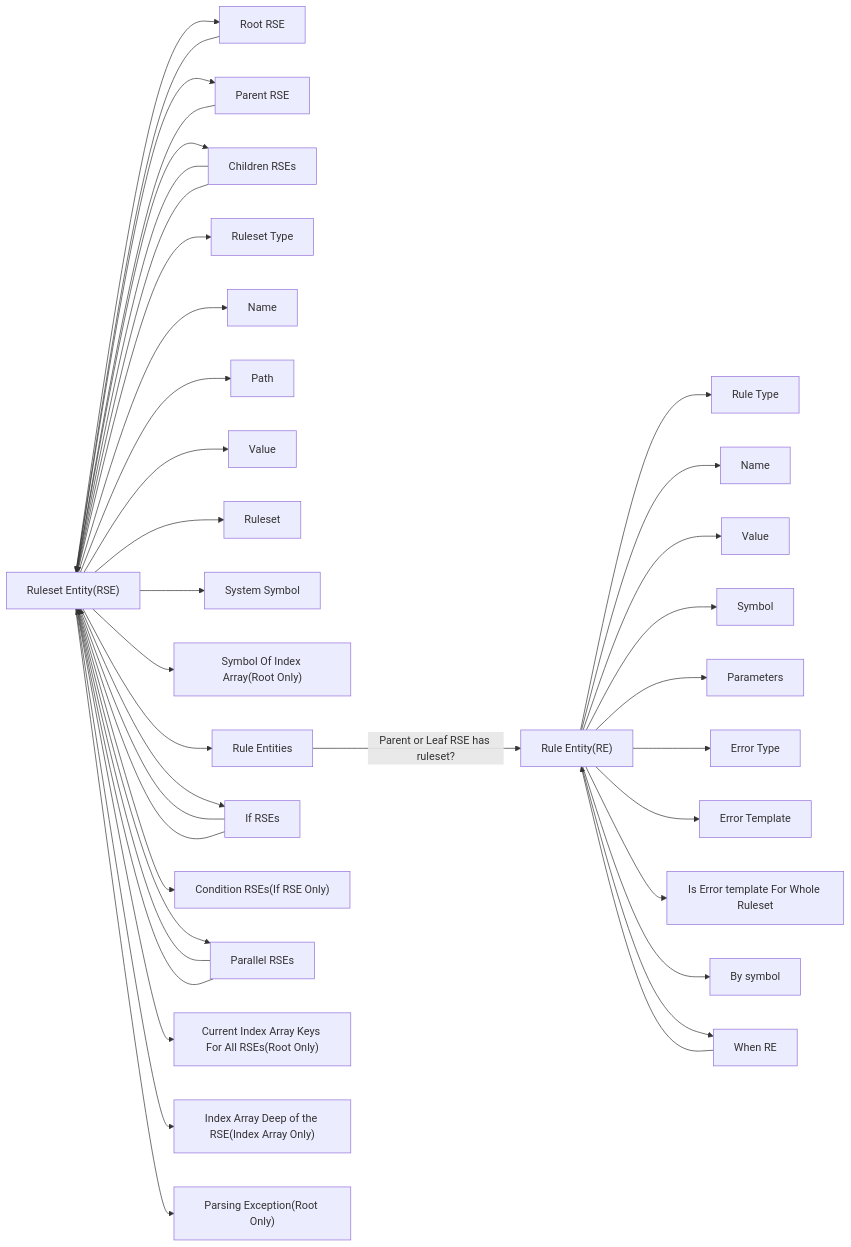
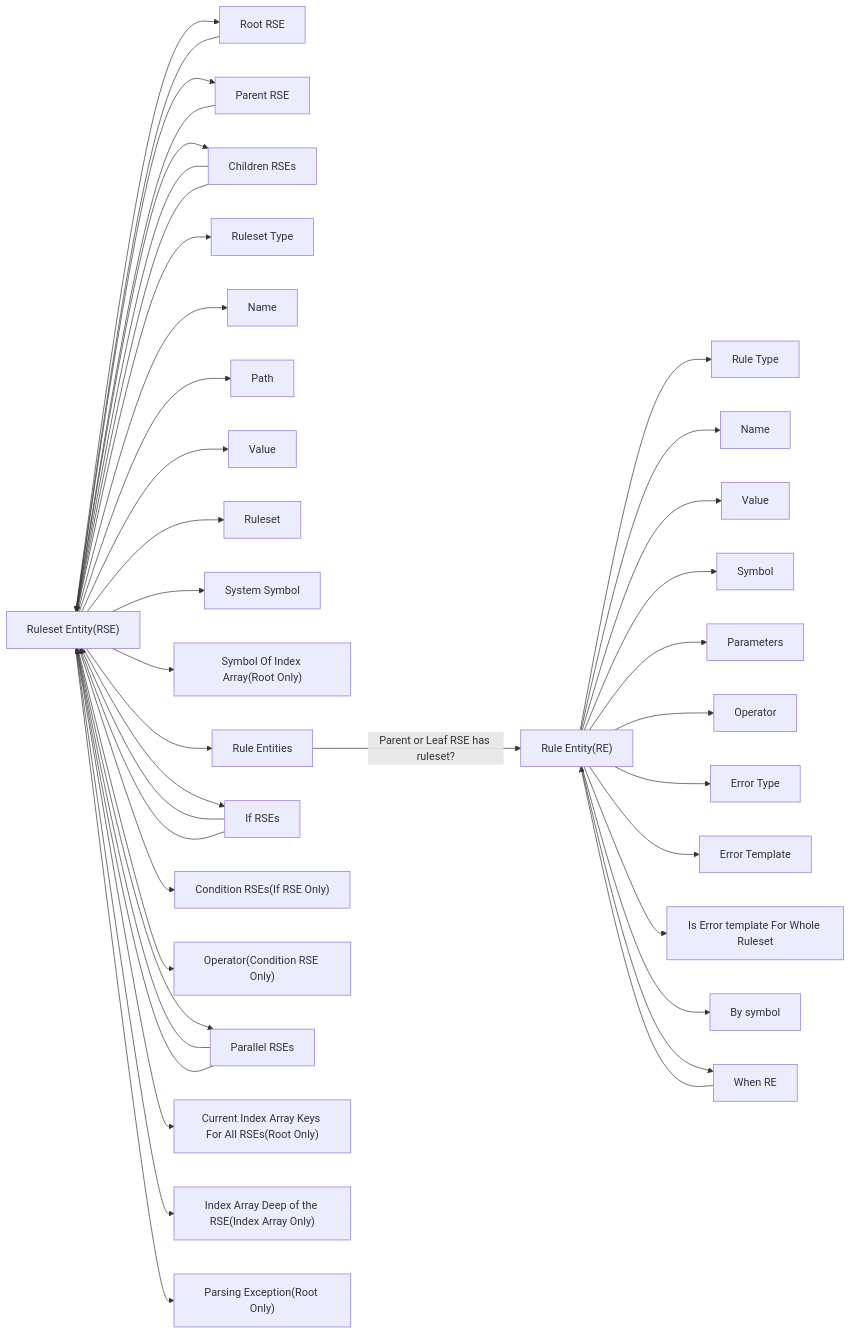
The diagram in ENTITY.md (gitHusband/Validation), drawn with Mermaid before and after one commit. The commit also changed other lines of this file and 5 other files, not shown here.

````diff
--- a/ENTITY.md
+++ b/ENTITY.md
@@ -18,57 +18,59 @@
 ```mermaid
 flowchart LR
     %% rse_ruleset_type --x rse_rst_index_array{{RULESET_TYPE_INDEX_ARRAY}}
     %% rse_ruleset_type --x rse_rst_assoc_array{{RULESET_TYPE_ASSOC_ARRAY}}
     %% rse_ruleset_type --x rse_rst_leaf{{RULESET_TYPE_LEAF}}
     %% rse_ruleset_type --x rse_rst_leaf_parallel{{RULESET_TYPE_LEAF_PARALLEL}}
     %% rse_ruleset_type --x rse_rst_leaf_if{{RULESET_TYPE_LEAF_IF}}
-    %% rse_ruleset_type --x rse_rst_leaf_if_not{{RULESET_TYPE_LEAF_IF_NOT}}
     %% rse_ruleset_type --x rse_rst_leaf_condition{{RULESET_TYPE_LEAF_CONDITION}}
+    %% rse_ruleset_type --x rse_rst_leaf_condition_serial{{RULESET_TYPE_LEAF_CONDITION_SERIAL}}
 
     %% re_rule_type --x re_rt_method{{RULE_TYPE_METHOD}}
     %% re_rule_type --x re_rt_preg{{RULE_TYPE_PREG}}
     %% re_rule_type --x re_rt_when{{RULE_TYPE_WHEN}}
     %% re_rule_type --x re_rt_when_not{{RULE_TYPE_WHEN_NOT}}
 
     RE["Rule Entity(RE)"] --> re_rule_type[Rule Type];
     RE --> re_name[Name];
     RE --> re_value[Value];
     RE --> re_symbol[Symbol];
     RE --> re_parameters[Parameters];
+    RE --> re_operator[Operator];
     RE --> re_error_type[Error Type];
     RE --> re_error_template[Error Template];
     RE --> re_is_error_template_for_whole_ruleset[Is Error template For Whole Ruleset];
     RE --> re_by_symbol[By symbol];
     RE --> re_when_rule_entities[When RE];
 
     re_when_rule_entities --> RE
 
     RSE["Ruleset Entity(RSE)"] --> rse_root[Root RSE];
     RSE --> rse_parent[Parent RSE];
     RSE --> rse_children[Children RSEs];
     RSE --> rse_ruleset_type[Ruleset Type];
     RSE --> rse_name[Name];
     RSE --> rse_path[Path];
     RSE --> rse_value[Value];
     RSE --> rse_ruleset[Ruleset];
     RSE --> rse_system_symbol[System Symbol];
     RSE --> rse_symbol_index_array["Symbol Of Index Array(Root Only)"];
     RSE --> rse_rule_entities[Rule Entities];
     RSE --> rse_if_ruleset_entities[If RSEs];
     RSE --> rse_condition_ruleset_entities["Condition RSEs(If RSE Only)"];
+    RSE --> rse_operator["Operator(Condition RSE Only)"];
     RSE --> rse_parallel_ruleset_entities[Parallel RSEs];
     RSE --> rse_index_array_keys["Current Index Array Keys For All RSEs(Root Only)"];
     RSE --> rse_index_array_deep["Index Array Deep of the RSE(Index Array Only)"];
     RSE --> rse_exception["Parsing Exception(Root Only)"];
 
     rse_root --> RSE
     rse_parent --> RSE
     rse_children --> RSE
     rse_children --> RSE
     rse_if_ruleset_entities --> RSE
     rse_if_ruleset_entities --> RSE
     rse_parallel_ruleset_entities --> RSE
     rse_parallel_ruleset_entities --> RSE
 
     rse_rule_entities -- Parent or Leaf RSE has ruleset? --> RE
 ```
````
